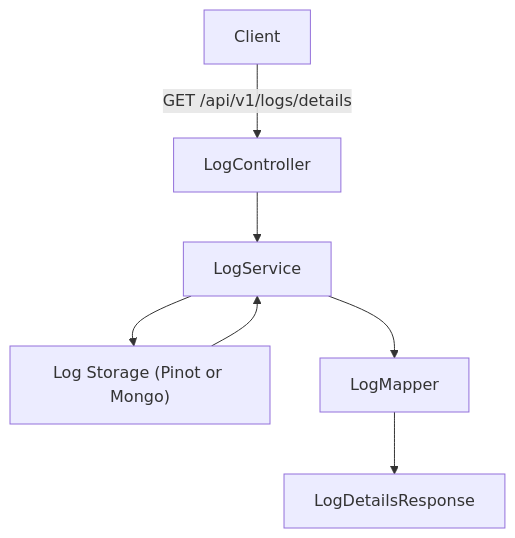
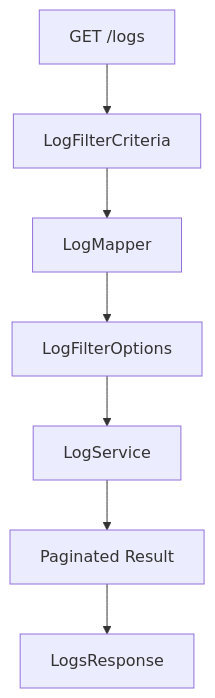
One commit to flamingo-stack/openframe-oss-lib changed the third of 6 diagrams in docs/reference/architecture/external-api-service-core/external-api-service-core.md. Above: the diagram before and after it, drawn with Mermaid. The commit also changed other lines of this file and 212 other files, not shown here.

````diff
--- a/docs/reference/architecture/external-api-service-core/external-api-service-core.md
+++ b/docs/reference/architecture/external-api-service-core/external-api-service-core.md
@@ -217,9 +220,9 @@
 ```mermaid
 flowchart TD
-    Client -->|"GET /api/v1/logs/details"| LogController
-    LogController --> LogService
-    LogService --> LogStorage["Log Storage (Pinot or Mongo)"]
-    LogStorage --> LogService
-    LogService --> LogMapper
-    LogMapper --> LogDetailsResponse
+    LogReq["GET /logs"] --> LogCriteria["LogFilterCriteria"]
+    LogCriteria --> LogMapper
+    LogMapper --> LogOptions["LogFilterOptions"]
+    LogOptions --> LogService
+    LogService --> Page["Paginated Result"]
+    Page --> LogsResponse
 ```
````
